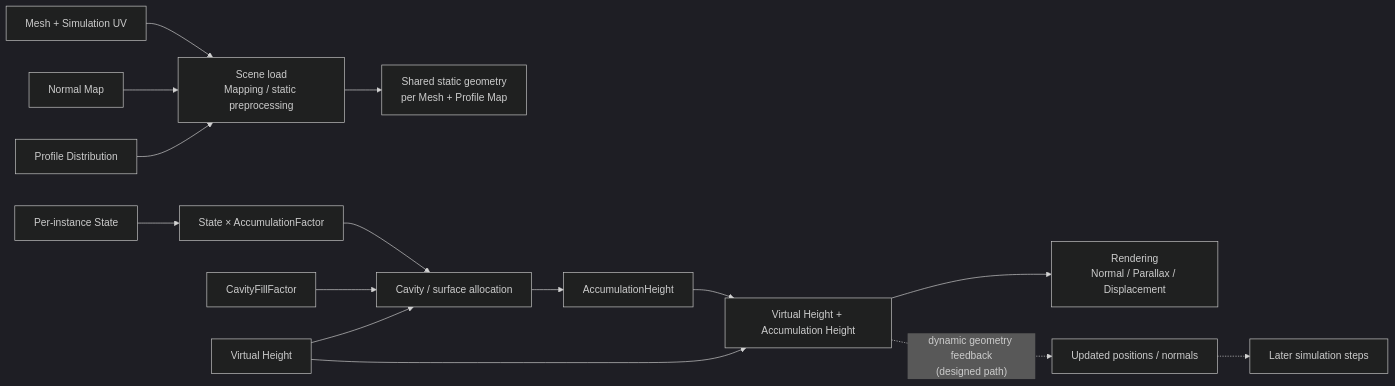
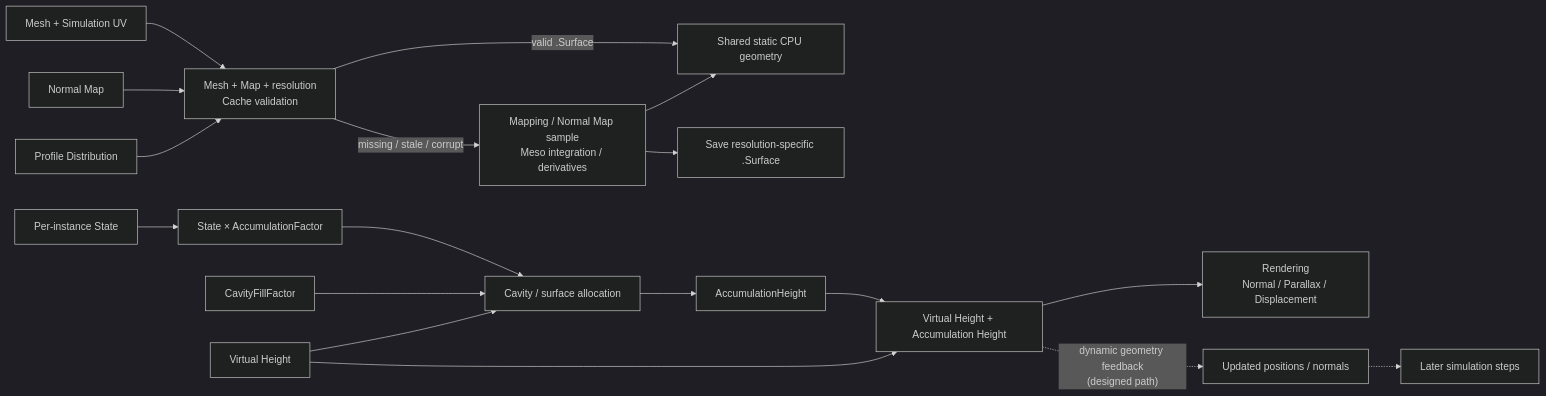
Before and after one commit to Yonaim/Material-Dependent-Surface-State-Engine: the first of 4 diagrams in Docs/MDSSP-Vault/04_Architecture/0004_Surface-Geometry.md, drawn with Mermaid (dark theme). The commit also changed other lines of this file and 8 other files, not shown here.

````diff
--- a/Docs/MDSSP-Vault/04_Architecture/0004_Surface-Geometry.md
+++ b/Docs/MDSSP-Vault/04_Architecture/0004_Surface-Geometry.md
@@ -18,18 +18,21 @@
 ```mermaid
 flowchart LR
-  Mesh["Mesh + Simulation UV"] --> Preprocess["Scene load\nMapping / static preprocessing"]
-  NormalMap["Normal Map"] --> Preprocess
-  ProfileMap["Profile Distribution"] --> Preprocess
-  Preprocess --> Shared["Shared static geometry\nper Mesh + Profile Map"]
+  Mesh["Mesh + Simulation UV"] --> Lookup["Mesh + Map + resolution\nCache validation"]
+  NormalMap["Normal Map"] --> Lookup
+  ProfileMap["Profile Distribution"] --> Lookup
+  Lookup -->|valid .Surface| Shared["Shared static CPU geometry"]
+  Lookup -->|missing / stale / corrupt| Preprocess["Mapping / Normal Map sample\nMeso integration / derivatives"]
+  Preprocess --> Shared
+  Preprocess --> Save["Save resolution-specific .Surface"]
 
   State["Per-instance State"] --> Amount["State × AccumulationFactor"]
   Profile["CavityFillFactor"] --> Split["Cavity / surface allocation"]
   Amount --> Split
   Geometry["Virtual Height"] --> Split
   Split --> Accumulation["AccumulationHeight"]
   Geometry --> Final["Virtual Height + Accumulation Height"]
   Accumulation --> Final
   Final --> Render["Rendering\nNormal / Parallax / Displacement"]
   Final -. "dynamic geometry feedback\n(designed path)" .-> Updated["Updated positions / normals"]
   Updated -.-> Simulation["Later simulation steps"]
 ```
````
